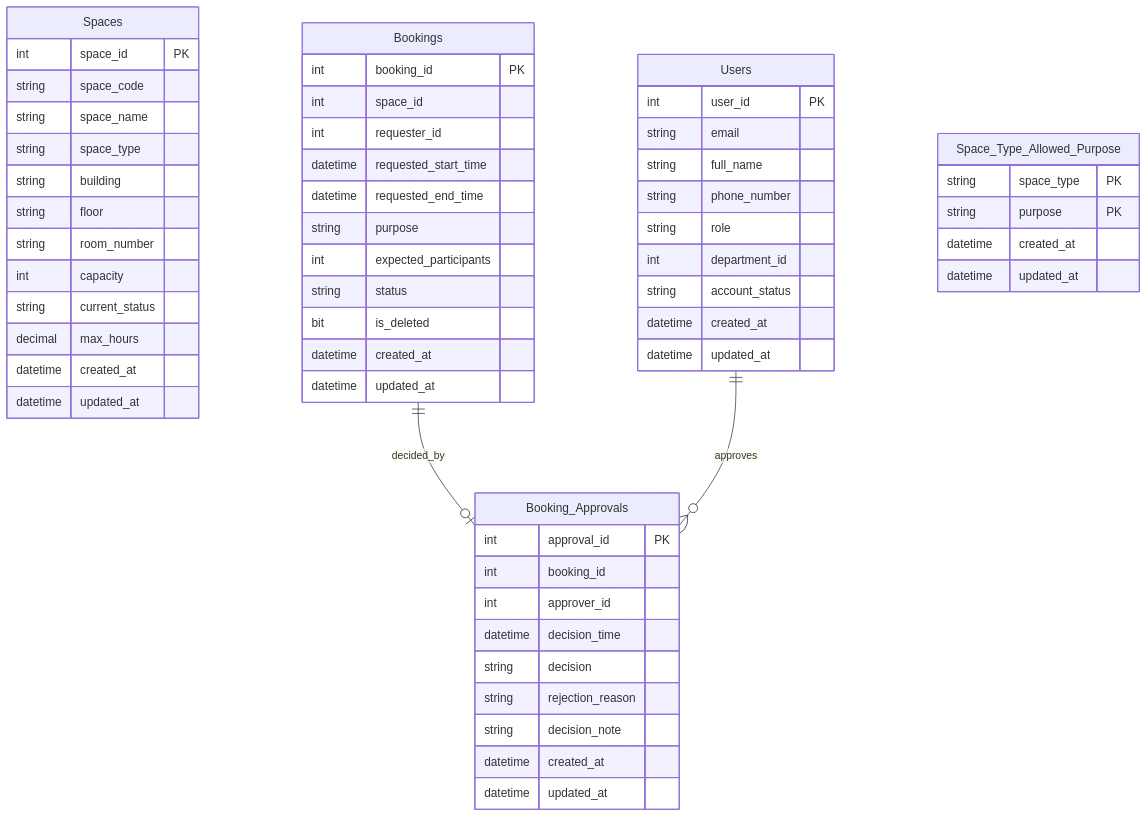
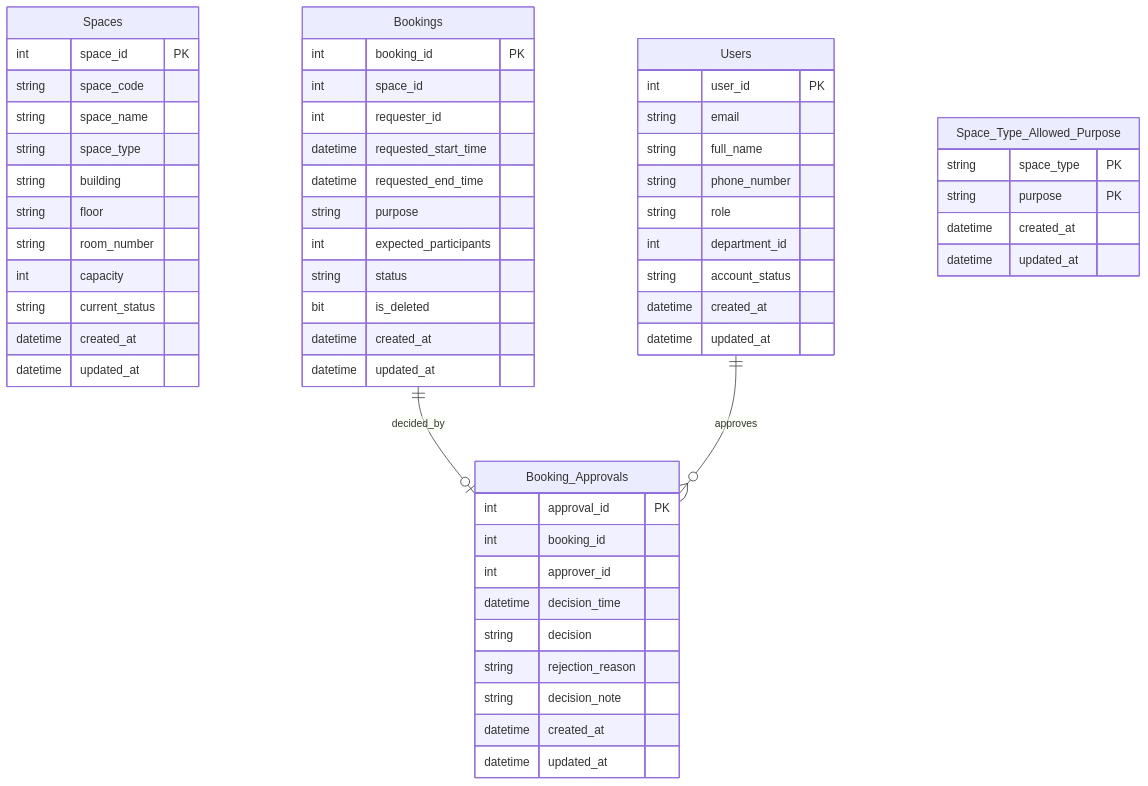
Before and after one commit to AmnO-O/CS486-Project: the second of 3 diagrams in outputs/09-updated-erd-and-logical-design-G05.md, drawn with Mermaid. The commit also changed other lines of this file and 5 other files, not shown here.

````diff
--- a/outputs/09-updated-erd-and-logical-design-G05.md
+++ b/outputs/09-updated-erd-and-logical-design-G05.md
@@ -205,65 +213,64 @@
 ```mermaid
 erDiagram
     Spaces {
         int space_id PK
         string space_code
         string space_name
         string space_type
         string building
         string floor
         string room_number
         int capacity
         string current_status
-        decimal max_hours
         datetime created_at
         datetime updated_at
     }
 
     Bookings {
         int booking_id PK
         int space_id
         int requester_id
         datetime requested_start_time
         datetime requested_end_time
         string purpose
         int expected_participants
         string status
         bit is_deleted
         datetime created_at
         datetime updated_at
     }
 
     Booking_Approvals {
         int approval_id PK
         int booking_id
         int approver_id
         datetime decision_time
         string decision
         string rejection_reason
         string decision_note
         datetime created_at
         datetime updated_at
     }
 
     Users {
         int user_id PK
         string email
         string full_name
         string phone_number
         string role
         int department_id
         string account_status
         datetime created_at
         datetime updated_at
     }
 
     Space_Type_Allowed_Purpose {
         string space_type PK
         string purpose PK
         datetime created_at
         datetime updated_at
     }
 
     Bookings ||--o| Booking_Approvals : "decided_by"
     Users ||--o{ Booking_Approvals : "approves"
 ```
````
